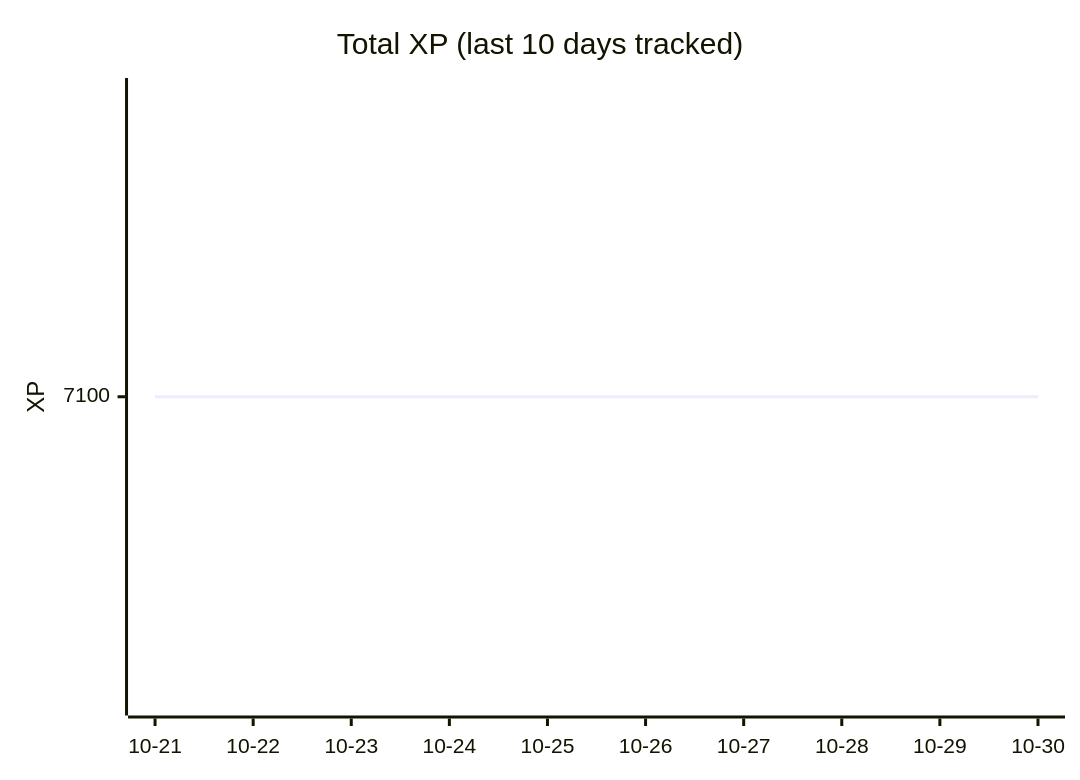
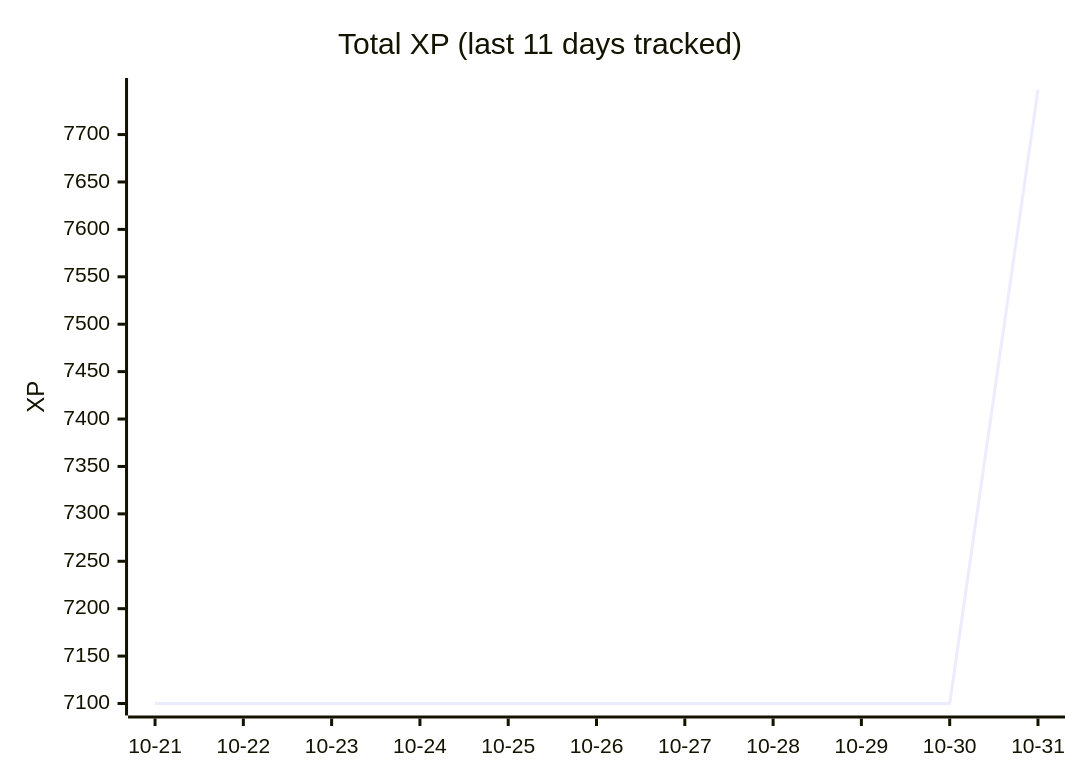
One commit to ASR222/bootdev-progress changed the diagram in README.md. Above: the diagram before and after it, drawn with Mermaid. The commit also changed other lines of this file and 2 other files, not shown here.

Commit message:
Boot.dev progress: 2026-10-30

````diff
--- a/README.md
+++ b/README.md
@@ -14,7 +14,7 @@
 ```mermaid
 xychart-beta
-    title "Total XP (last 10 days tracked)"
-    x-axis ["10-21", "10-22", "10-23", "10-24", "10-25", "10-26", "10-27", "10-28", "10-29", "10-30"]
+    title "Total XP (last 11 days tracked)"
+    x-axis ["10-21", "10-22", "10-23", "10-24", "10-25", "10-26", "10-27", "10-28", "10-29", "10-30", "10-31"]
     y-axis "XP"
-    line [7100, 7100, 7100, 7100, 7100, 7100, 7100, 7100, 7100, 7100]
+    line [7100, 7100, 7100, 7100, 7100, 7100, 7100, 7100, 7100, 7100, 7747]
 ```
````
